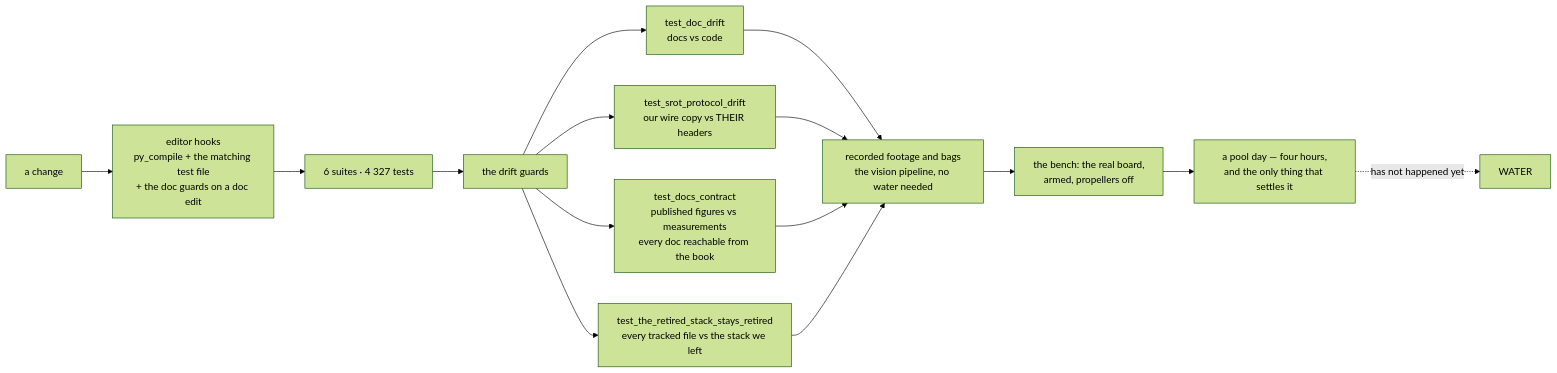
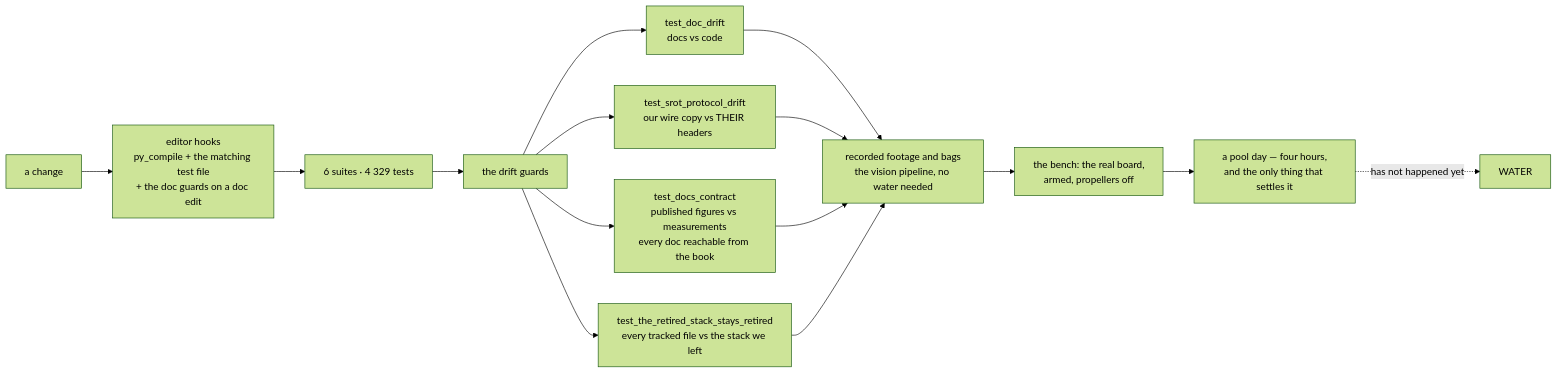
Before and after one commit to fh1m/mongla_ws: the ninth of 10 diagrams in README.md, drawn with Mermaid (forest theme). The commit also changed other lines of this file and 2 other files, not shown here.

````diff
--- a/README.md
+++ b/README.md
@@ -806,17 +806,17 @@
 ```mermaid
 flowchart LR
     DEV["a change"] --> HOOK["editor hooks<br/>py_compile + the matching test file<br/>+ the doc guards on a doc edit"]
-    HOOK --> UNIT["6 suites · 4 327 tests"]
+    HOOK --> UNIT["6 suites · 4 329 tests"]
     UNIT --> GUARD["the drift guards"]
     GUARD --> G1["test_doc_drift<br/>docs vs code"]
     GUARD --> G2["test_srot_protocol_drift<br/>our wire copy vs THEIR headers"]
     GUARD --> G3["test_docs_contract<br/>published figures vs measurements<br/>every doc reachable from the book"]
     GUARD --> G4["test_the_retired_stack_stays_retired<br/>every tracked file vs the stack we left"]
     G1 --> REPLAY["recorded footage and bags<br/>the vision pipeline, no water needed"]
     G2 --> REPLAY
     G3 --> REPLAY
     G4 --> REPLAY
     REPLAY --> BENCH["the bench: the real board,<br/>armed, propellers off"]
     BENCH --> POOL["a pool day — four hours,<br/>and the only thing that settles it"]
     POOL -.->|"has not happened yet"| WATER["WATER"]
 ```
````
